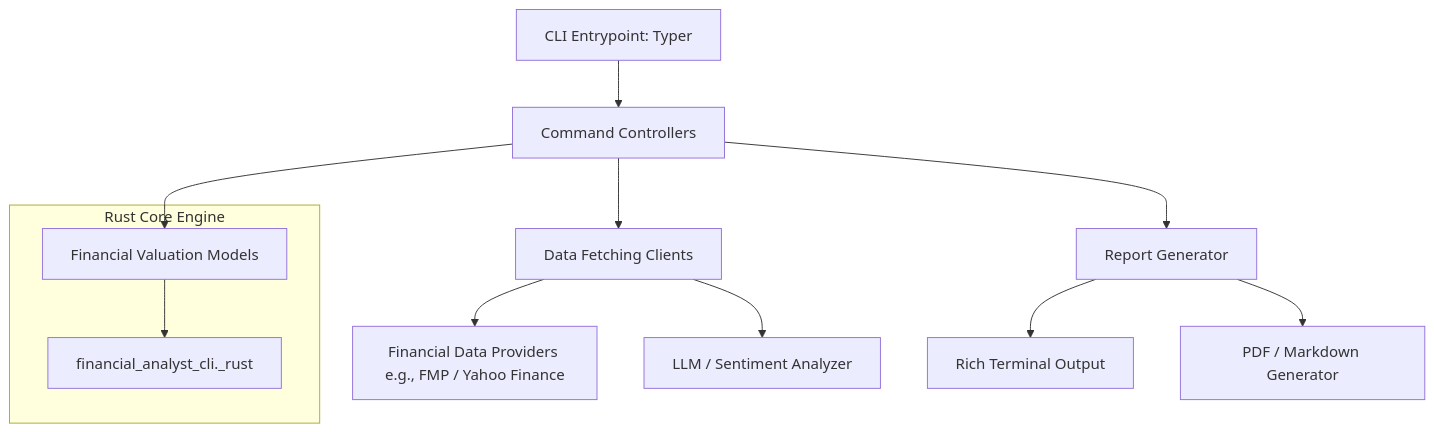
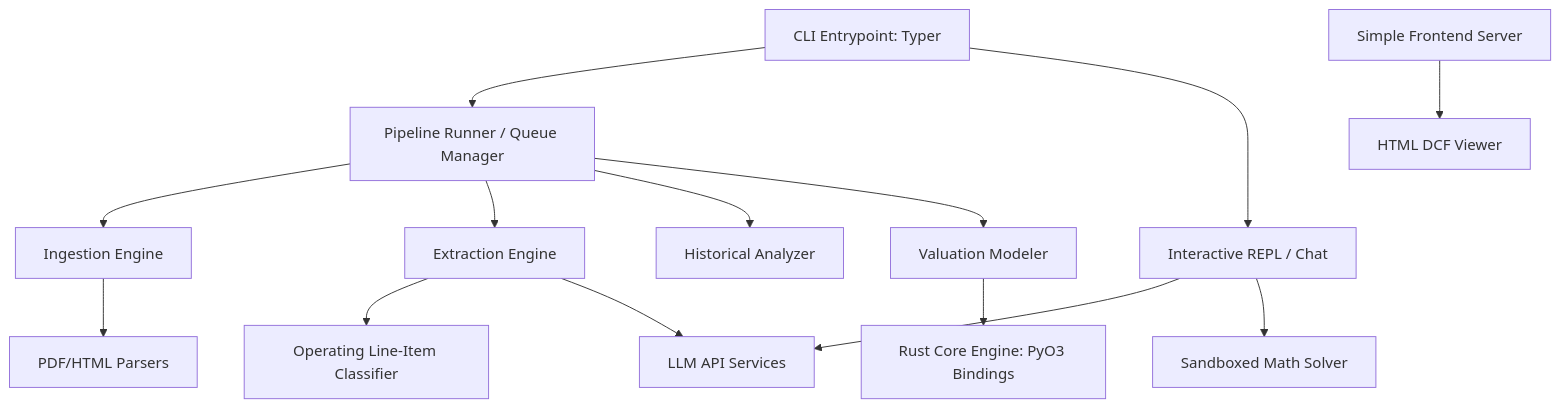
Before and after one commit to Ruinius/financial-analyst-cli: the first of 2 diagrams in docs/architecture.md, drawn with Mermaid. The commit also changed other lines of this file and 5 other files, not shown here.

````diff
--- a/docs/architecture.md
+++ b/docs/architecture.md
@@ -7,17 +11,19 @@
 ```mermaid
 graph TD
-    CLI[CLI Entrypoint: Typer] --> Controllers[Command Controllers]
-    Controllers --> Clients[Data Fetching Clients]
-    Controllers --> Models[Financial Valuation Models]
-    Controllers --> Reporter[Report Generator]
+    CLI[CLI Entrypoint: Typer] --> Runner[Pipeline Runner / Queue Manager]
+    CLI --> Chat[Interactive REPL / Chat]
+    Runner --> Ingest[Ingestion Engine]
+    Runner --> Extract[Extraction Engine]
+    Runner --> Historical[Historical Analyzer]
+    Runner --> Model[Valuation Modeler]
 
-    subgraph Rust Core [Rust Core Engine]
-        Models --> RustCore[financial_analyst_cli._rust]
-    end
+    Ingest --> PDFParser[PDF/HTML Parsers]
+    Extract --> Classifier[Operating Line-Item Classifier]
+    Extract --> LLM[LLM API Services]
+    Model --> RustCore[Rust Core Engine: PyO3 Bindings]
 
-    Clients --> FMP[Financial Data Providers e.g., FMP / Yahoo Finance]
-    Clients --> LLM[LLM / Sentiment Analyzer]
+    Chat --> LLM
+    Chat --> MathSolver[Sandboxed Math Solver]
 
-    Reporter --> Rich[Rich Terminal Output]
-    Reporter --> PDF[PDF / Markdown Generator]
+    ViewerServer[Simple Frontend Server] --> HTMLViewer[HTML DCF Viewer]
 ```
````
